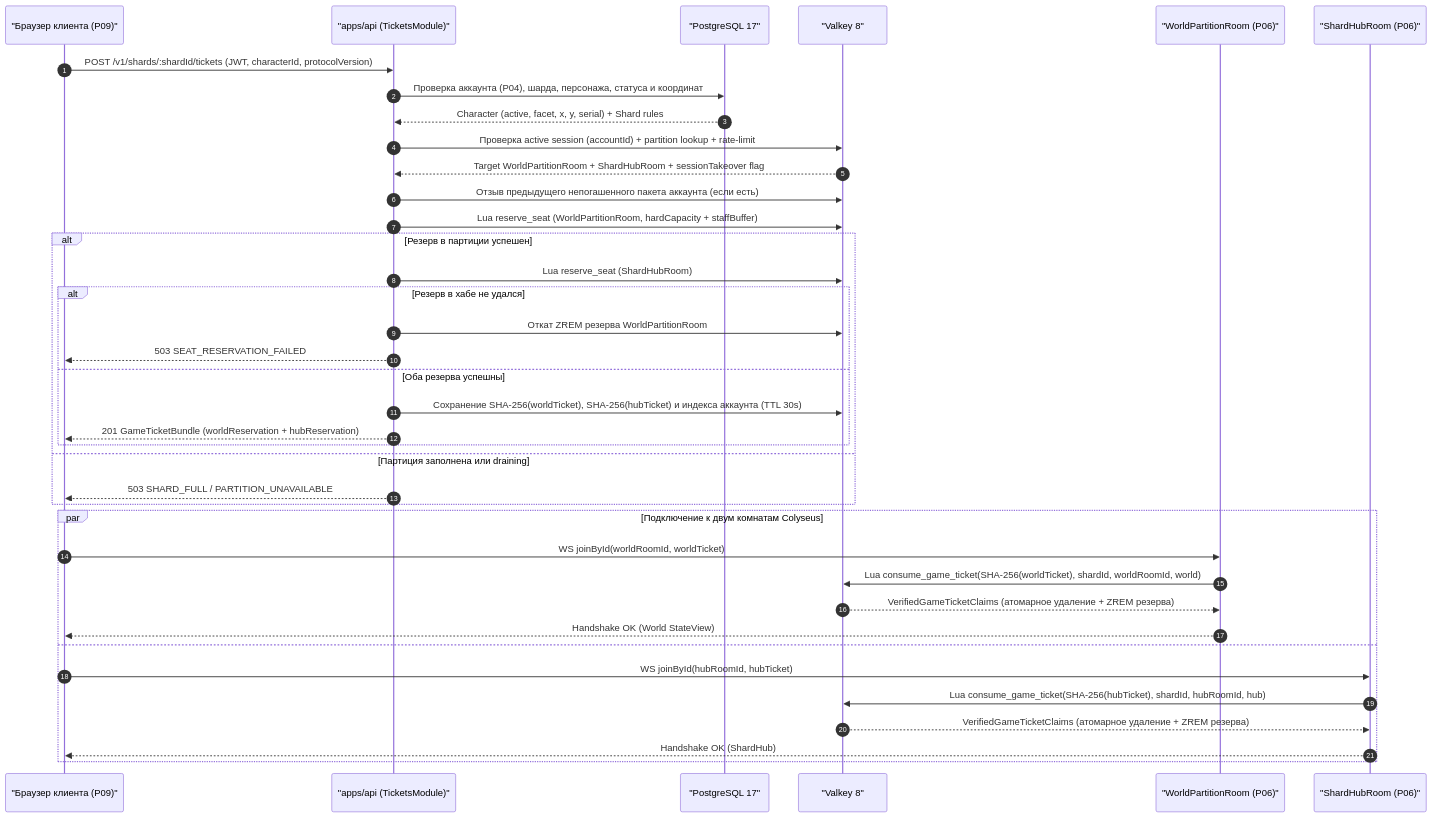
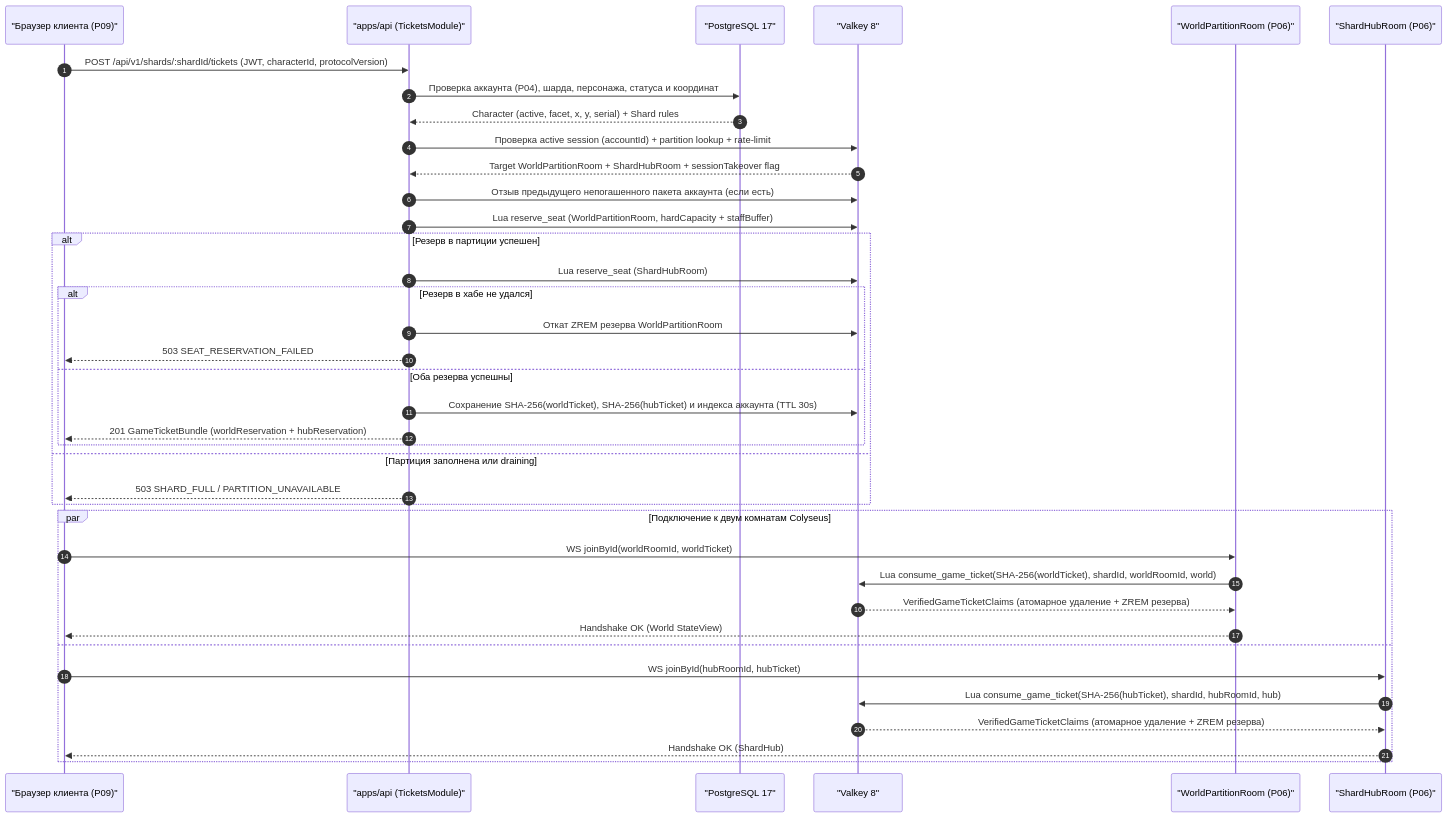
Before and after one commit to SergioAndreev/uo3: the second of 3 diagrams in openspec/changes/p05-shards-and-characters/design.md, drawn with Mermaid. The commit also changed other lines of this file and 188 other files, not shown here.

````diff
--- a/openspec/changes/p05-shards-and-characters/design.md
+++ b/openspec/changes/p05-shards-and-characters/design.md
@@ -299,42 +299,42 @@
 ```mermaid
 sequenceDiagram
   autonumber
   participant C as "Браузер клиента (P09)"
   participant API as "apps/api (TicketsModule)"
   participant PG as "PostgreSQL 17"
   participant VK as "Valkey 8"
   participant GS_W as "WorldPartitionRoom (P06)"
   participant GS_H as "ShardHubRoom (P06)"
 
-  C->>API: POST /v1/shards/:shardId/tickets (JWT, characterId, protocolVersion)
+  C->>API: POST /api/v1/shards/:shardId/tickets (JWT, characterId, protocolVersion)
   API->>PG: Проверка аккаунта (P04), шарда, персонажа, статуса и координат
   PG-->>API: Character (active, facet, x, y, serial) + Shard rules
   API->>VK: Проверка active session (accountId) + partition lookup + rate-limit
   VK-->>API: Target WorldPartitionRoom + ShardHubRoom + sessionTakeover flag
   API->>VK: Отзыв предыдущего непогашенного пакета аккаунта (если есть)
   API->>VK: Lua reserve_seat (WorldPartitionRoom, hardCapacity + staffBuffer)
   alt Резерв в партиции успешен
     API->>VK: Lua reserve_seat (ShardHubRoom)
     alt Резерв в хабе не удался
       API->>VK: Откат ZREM резерва WorldPartitionRoom
       API-->>C: 503 SEAT_RESERVATION_FAILED
     else Оба резерва успешны
       API->>VK: Сохранение SHA-256(worldTicket), SHA-256(hubTicket) и индекса аккаунта (TTL 30s)
       API-->>C: 201 GameTicketBundle (worldReservation + hubReservation)
     end
   else Партиция заполнена или draining
     API-->>C: 503 SHARD_FULL / PARTITION_UNAVAILABLE
   end
 
   par Подключение к двум комнатам Colyseus
     C->>GS_W: WS joinById(worldRoomId, worldTicket)
     GS_W->>VK: Lua consume_game_ticket(SHA-256(worldTicket), shardId, worldRoomId, world)
     VK-->>GS_W: VerifiedGameTicketClaims (атомарное удаление + ZREM резерва)
     GS_W-->>C: Handshake OK (World StateView)
   and
     C->>GS_H: WS joinById(hubRoomId, hubTicket)
     GS_H->>VK: Lua consume_game_ticket(SHA-256(hubTicket), shardId, hubRoomId, hub)
     VK-->>GS_H: VerifiedGameTicketClaims (атомарное удаление + ZREM резерва)
     GS_H-->>C: Handshake OK (ShardHub)
   end
 ```
````
